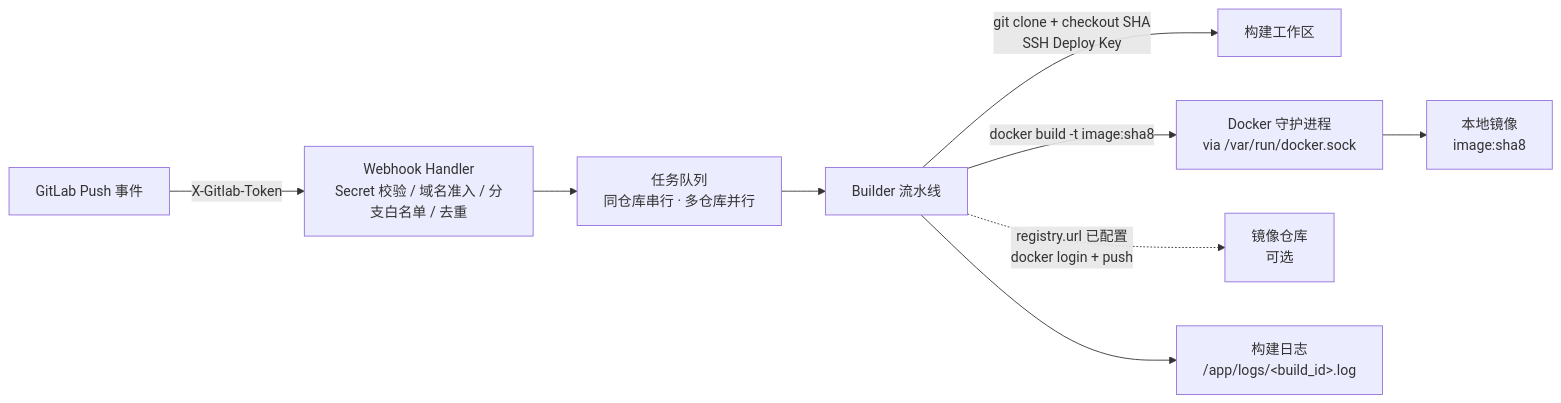
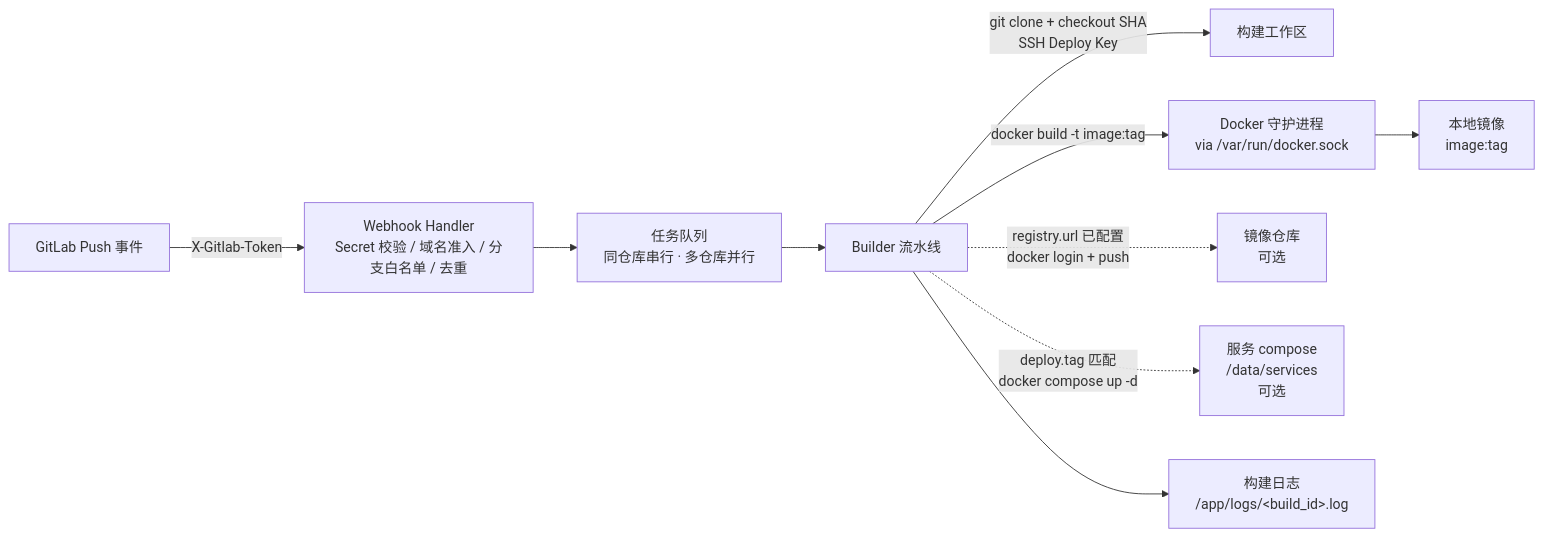
Before and after one commit to ops-cy/code-builder: the diagram in README.md, drawn with Mermaid. The commit also changed other lines of this file and 15 other files, not shown here.

````diff
--- a/README.md
+++ b/README.md
@@ -22,11 +24,12 @@
 ```mermaid
 flowchart LR
     GL[GitLab Push 事件] -->|X-Gitlab-Token| WH[Webhook Handler<br/>Secret 校验 / 域名准入 / 分支白名单 / 去重]
     WH --> Q[任务队列<br/>同仓库串行 · 多仓库并行]
     Q --> B[Builder 流水线]
     B -->|git clone + checkout SHA<br/>SSH Deploy Key| GC[构建工作区]
-    B -->|docker build -t image:sha8| DK[Docker 守护进程<br/>via /var/run/docker.sock]
-    DK --> IMG[本地镜像<br/>image:sha8]
+    B -->|docker build -t image:tag| DK[Docker 守护进程<br/>via /var/run/docker.sock]
+    DK --> IMG[本地镜像<br/>image:tag]
     B -.->|registry.url 已配置<br/>docker login + push| REG[镜像仓库<br/>可选]
+    B -.->|deploy.tag 匹配<br/>docker compose up -d| DEP[服务 compose<br/>/data/services<br/>可选]
     B --> L[构建日志<br/>/app/logs/&lt;build_id&gt;.log]
 ```
````
